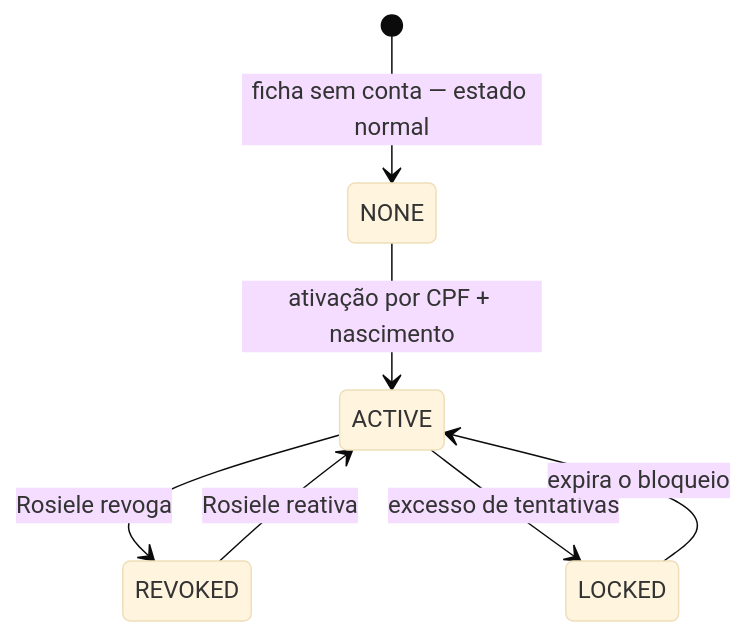
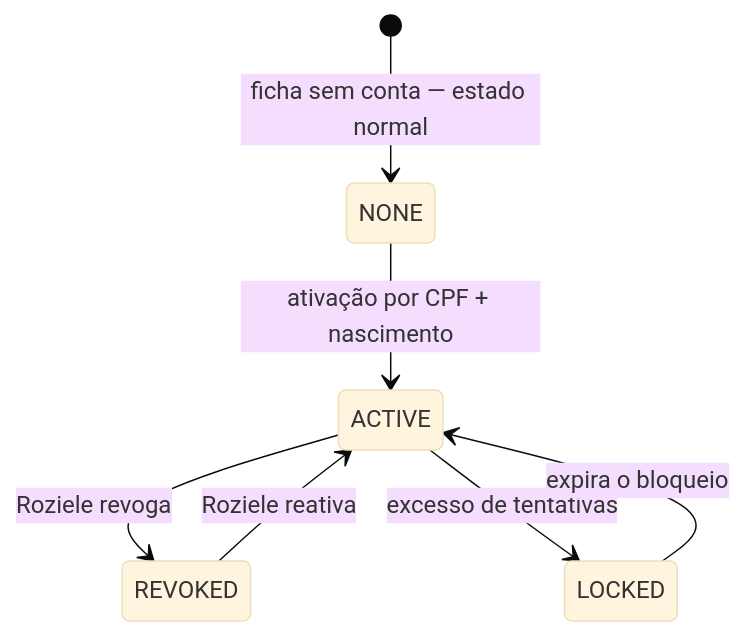
Diagram 11 of 11 in docs/07-FLUXOS.md (alanaraujo-bit/RoHair), drawn with Mermaid (base theme) before and after one commit. The commit also changed other lines of this file and 52 other files, not shown here.

````diff
--- a/docs/07-FLUXOS.md
+++ b/docs/07-FLUXOS.md
@@ -288,9 +288,9 @@
 ```mermaid
 stateDiagram-v2
     [*] --> NONE: ficha sem conta — estado normal
     NONE --> ACTIVE: ativação por CPF + nascimento
-    ACTIVE --> REVOKED: Rosiele revoga
-    REVOKED --> ACTIVE: Rosiele reativa
+    ACTIVE --> REVOKED: Roziele revoga
+    REVOKED --> ACTIVE: Roziele reativa
     ACTIVE --> LOCKED: excesso de tentativas
     LOCKED --> ACTIVE: expira o bloqueio
 ```
````
